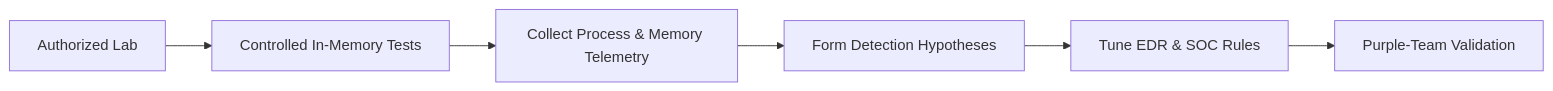
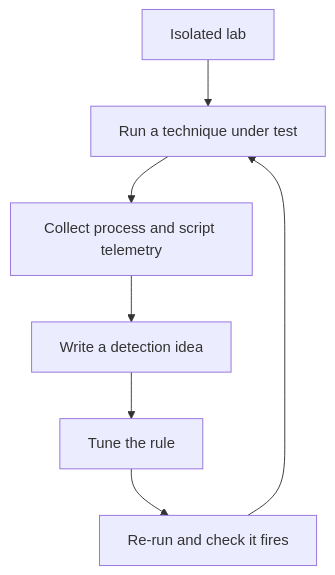
Before and after one commit to GamehunterKaan/kaangultekin.net: the diagram in _pages/projects/powershell-projects.md, drawn with Mermaid. The commit also changed other lines of this file and 18 other files, not shown here.

```diff
--- a/_pages/projects/powershell-projects.md
+++ b/_pages/projects/powershell-projects.md
@@ -76,8 +48,9 @@
 <div class="mermaid">
-flowchart LR
-  Lab[Authorized Lab] --> Execute[Controlled In-Memory Tests]
-  Execute --> Telemetry[Collect Process & Memory Telemetry]
-  Telemetry --> Hypotheses[Form Detection Hypotheses]
-  Hypotheses --> Tune[Tune EDR & SOC Rules]
-  Tune --> Validate[Purple-Team Validation]
+flowchart TB
+  Lab[Isolated lab] --> Run[Run a technique under test]
+  Run --> Collect[Collect process and script telemetry]
+  Collect --> Idea[Write a detection idea]
+  Idea --> Tune[Tune the rule]
+  Tune --> Check[Re-run and check it fires]
+  Check --> Run
 </div>
```
